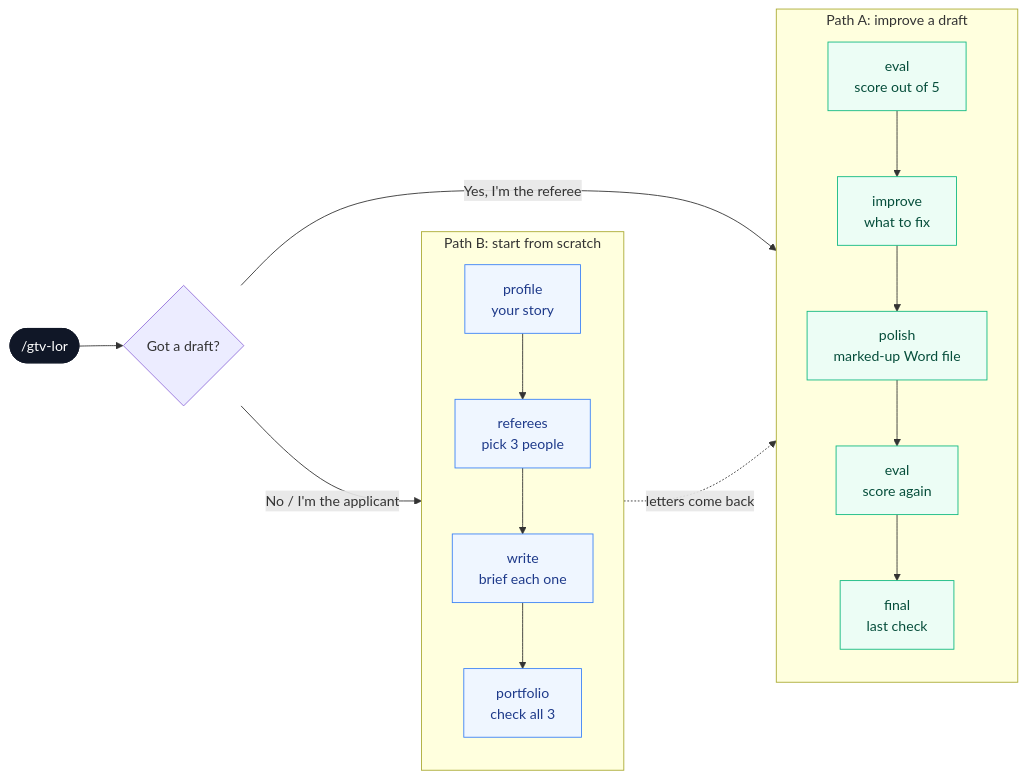
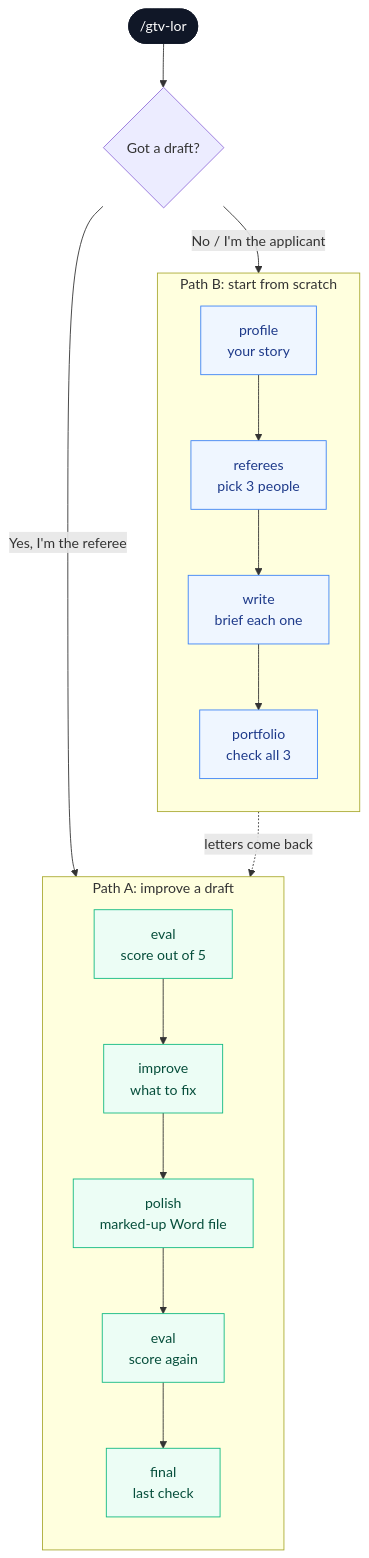
The diagram in README.md (j16h/gtv-lor), drawn with Mermaid before and after one commit. The commit also changed other lines of this file, not shown here.

Commit message:
README: readable top-down diagram, tip that renders inside a section

````diff
--- a/README.md
+++ b/README.md
@@ -155,30 +154,30 @@
 ```mermaid
-flowchart LR
+flowchart TD
     S(["/gtv-lor"]) --> Q{"Got a draft?"}
     Q -->|"Yes, I'm the referee"| A1
     Q -->|"No / I'm the applicant"| B1
 
     subgraph A ["Path A: improve a draft"]
         direction TB
         A1["eval<br/>score out of 5"] --> A2["improve<br/>what to fix"]
         A2 --> A3["polish<br/>marked-up Word file"]
         A3 --> A4["eval<br/>score again"]
         A4 --> A5["final<br/>last check"]
     end
 
     subgraph B ["Path B: start from scratch"]
         direction TB
         B1["profile<br/>your story"] --> B2["referees<br/>pick 3 people"]
         B2 --> B3["write<br/>brief each one"]
         B3 --> B4["portfolio<br/>check all 3"]
     end
 
     B3 -. "letters come back" .-> A1
 
     classDef start fill:#101727,stroke:#101727,color:#fff
     classDef stepA fill:#ecfdf5,stroke:#10b981,color:#064e3b
     classDef stepB fill:#eff6ff,stroke:#3b82f6,color:#1e3a8a
     class S start
     class A1,A2,A3,A4,A5 stepA
     class B1,B2,B3,B4 stepB
 ```
````
